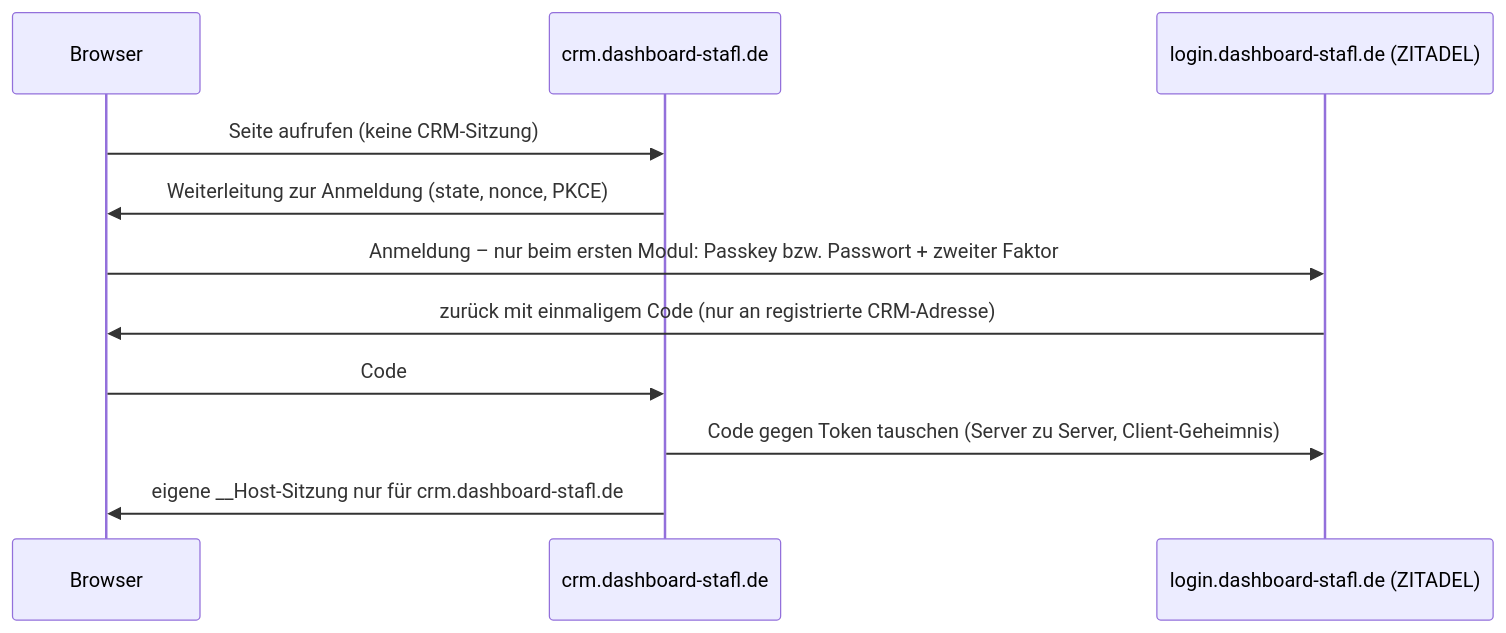
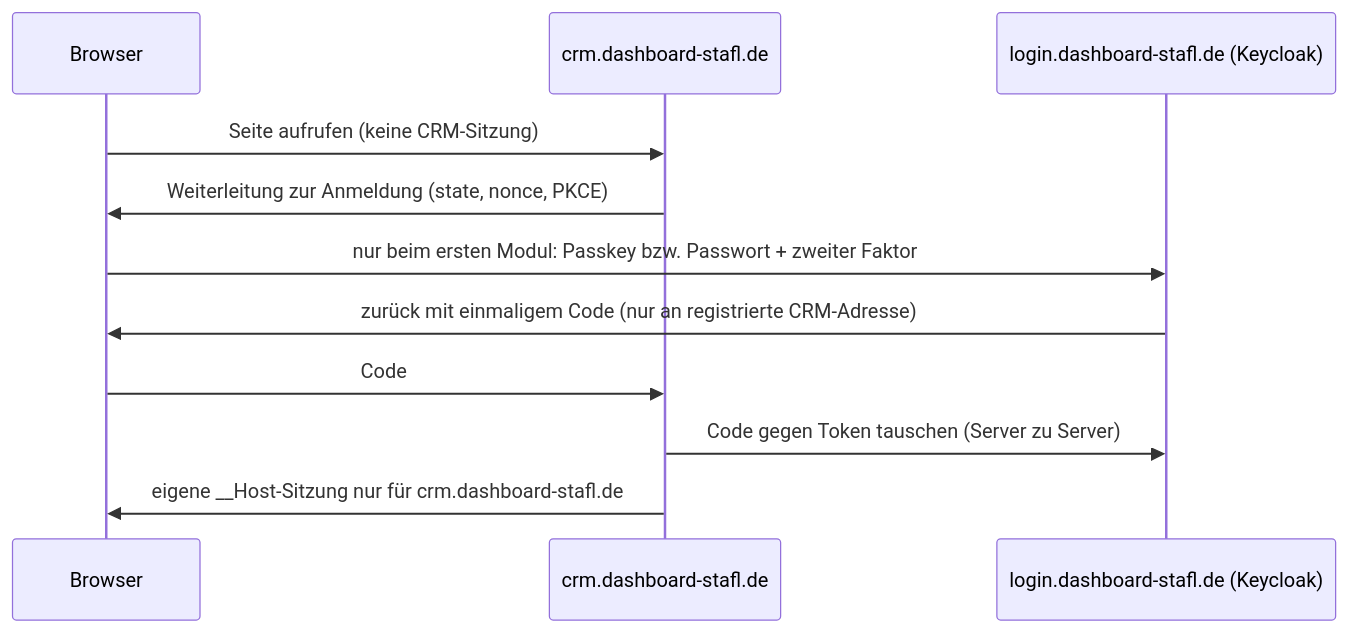
The diagram in docs/plattform/adr-003-domains-anmeldung.md (STAFLGUST/Wochenangebot), drawn with Mermaid before and after one commit. The commit also changed other lines of this file and 10 other files, not shown here.

````diff
--- a/docs/plattform/adr-003-domains-anmeldung.md
+++ b/docs/plattform/adr-003-domains-anmeldung.md
@@ -69,13 +55,13 @@
 ```mermaid
 sequenceDiagram
   participant B as Browser
   participant C as crm.dashboard-stafl.de
-  participant L as login.dashboard-stafl.de (ZITADEL)
+  participant L as login.dashboard-stafl.de (Keycloak)
   B->>C: Seite aufrufen (keine CRM-Sitzung)
   C->>B: Weiterleitung zur Anmeldung (state, nonce, PKCE)
-  B->>L: Anmeldung – nur beim ersten Modul: Passkey bzw. Passwort + zweiter Faktor
+  B->>L: nur beim ersten Modul: Passkey bzw. Passwort + zweiter Faktor
   L->>B: zurück mit einmaligem Code (nur an registrierte CRM-Adresse)
   B->>C: Code
-  C->>L: Code gegen Token tauschen (Server zu Server, Client-Geheimnis)
+  C->>L: Code gegen Token tauschen (Server zu Server)
   C->>B: eigene __Host-Sitzung nur für crm.dashboard-stafl.de
 ```
````
